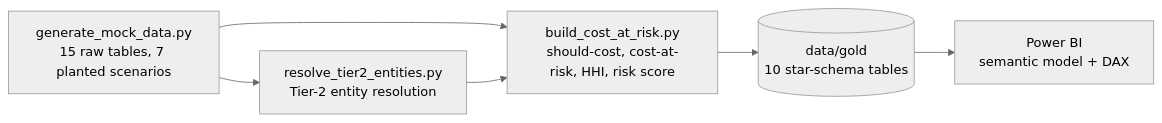
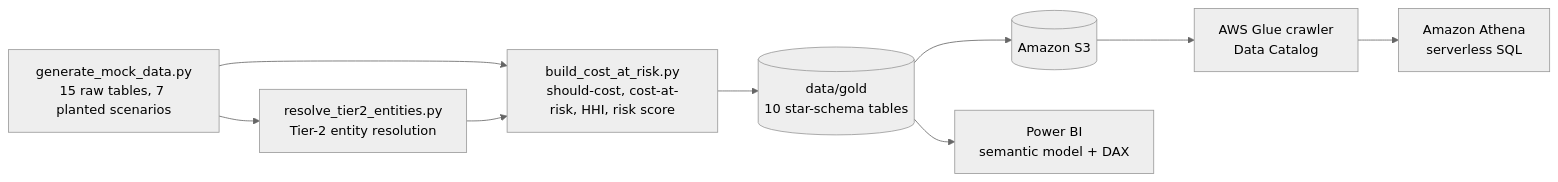
Before and after one commit to Dorsa-teymourzadeh/2nd-tier-metals-cost-at-risk: the diagram in README.md, drawn with Mermaid (neutral theme). The commit also changed other lines of this file and 3 other files, not shown here.

Commit message:
Add AWS S3/Glue/Athena extension with Athena query and screenshot

````diff
--- a/README.md
+++ b/README.md
@@ -30,8 +30,11 @@
 ```mermaid
 flowchart LR
     A[generate_mock_data.py<br/>15 raw tables, 7 planted scenarios] --> B[resolve_tier2_entities.py<br/>Tier-2 entity resolution]
     A --> C[build_cost_at_risk.py<br/>should-cost, cost-at-risk, HHI, risk score]
     B --> C
-    C --> D[(data/gold<br/>10 star-schema tables)]
-    D --> E[Power BI<br/>semantic model + DAX]
+    C --> E[(data/gold<br/>10 star-schema tables)]
+    E --> F[(Amazon S3)]
+    F --> G[AWS Glue crawler<br/>Data Catalog]
+    G --> H[Amazon Athena<br/>serverless SQL]
+    E --> I[Power BI<br/>semantic model + DAX]
 ```
````
